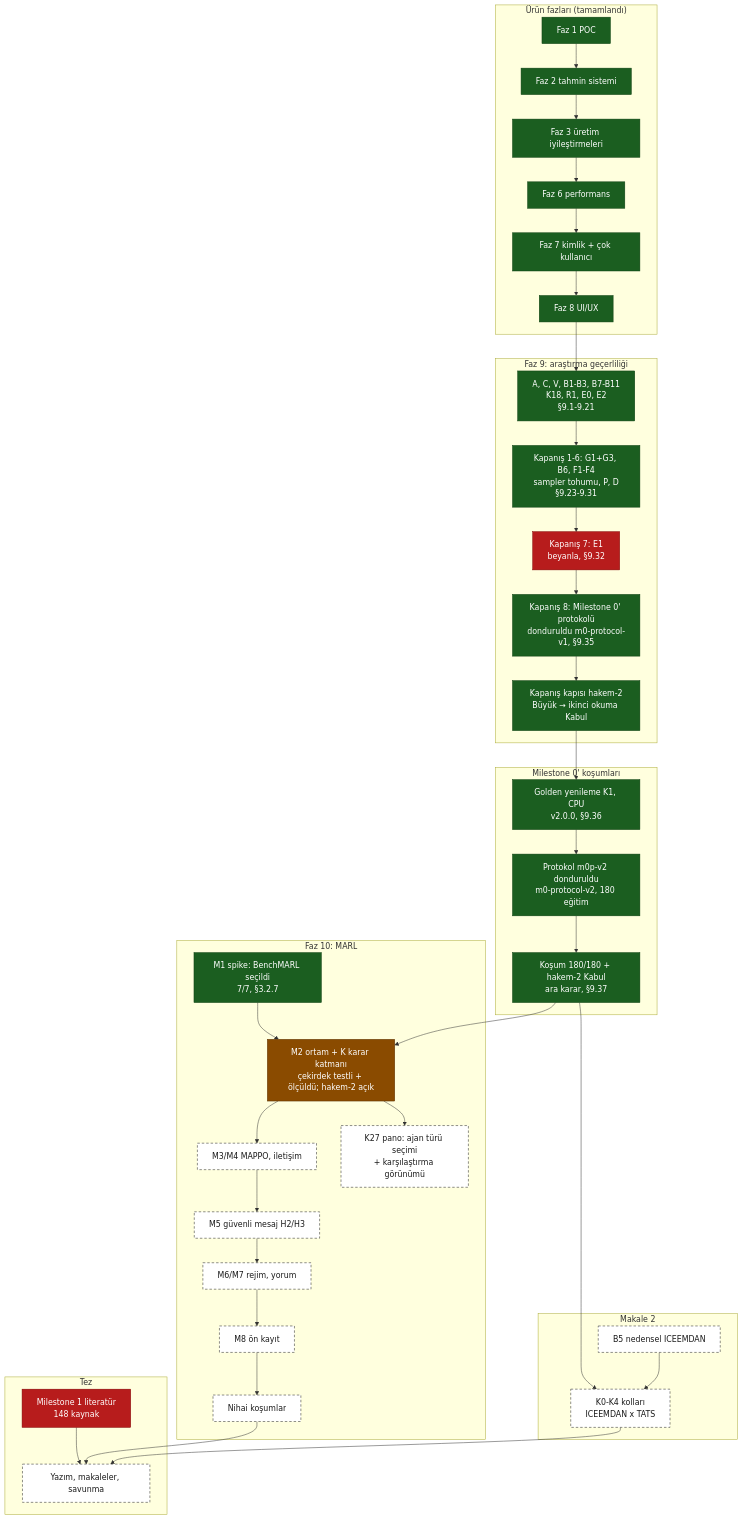
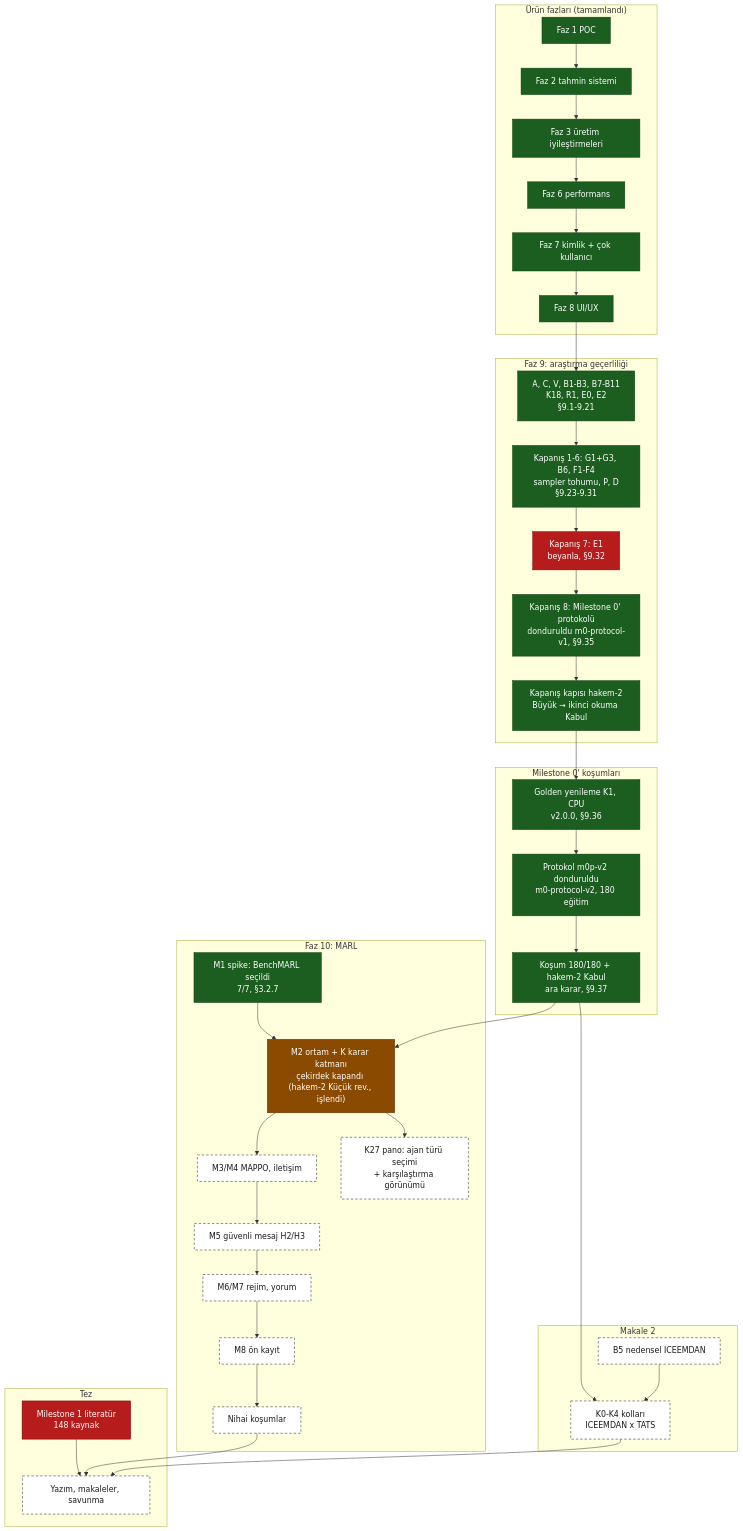
One commit to softdevcan/RL-Trading-Project changed the second of 2 diagrams in docs/development/system-map.md. Above: the diagram before and after it, drawn with Mermaid. The commit also changed other lines of this file and 6 other files, not shown here.

Commit message:
docs(marl): M2 v0.7 — hakem-2 H1 kapandi (donem bagimli marj; duyarlilik: PC060 0,091 / K12 0,344, karar ayni); M2 cekirdegi kapandi

````diff
--- a/docs/development/system-map.md
+++ b/docs/development/system-map.md
@@ -112,63 +112,63 @@
 ```mermaid
 flowchart TB
   classDef done fill:#1b5e20,stroke:#0b3d10,color:#ffffff
   classDef partial fill:#b71c1c,stroke:#7f0000,color:#ffffff
   classDef active fill:#8a4b00,stroke:#5a3000,color:#ffffff
   classDef decision fill:#4a148c,stroke:#2a0060,color:#ffffff
   classDef planned fill:#ffffff,stroke:#1a1a1a,stroke-dasharray:5 4,color:#1a1a1a
 
   subgraph URUN["Ürün fazları (tamamlandı)"]
     F1["Faz 1 POC"]:::done
     F2["Faz 2 tahmin sistemi"]:::done
     F3["Faz 3 üretim iyileştirmeleri"]:::done
     F6["Faz 6 performans"]:::done
     F7["Faz 7 kimlik + çok kullanıcı"]:::done
     F8["Faz 8 UI/UX"]:::done
   end
 
   subgraph F9["Faz 9: araştırma geçerliliği"]
     P9A["A, C, V, B1-B3, B7-B11<br/>K18, R1, E0, E2<br/>§9.1-9.21"]:::done
     P9B["Kapanış 1-6: G1+G3, B6, F1-F4<br/>sampler tohumu, P, D<br/>§9.23-9.31"]:::done
     P9E["Kapanış 7: E1<br/>beyanla, §9.32"]:::partial
     P9M["Kapanış 8: Milestone 0' protokolü<br/>donduruldu m0-protocol-v1, §9.35"]:::done
     H2["Kapanış kapısı hakem-2<br/>Büyük → ikinci okuma Kabul"]:::done
   end
 
   subgraph M0["Milestone 0' koşumları"]
     GOLD["Golden yenileme K1, CPU<br/>v2.0.0, §9.36"]:::done
     PRE["Protokol m0p-v2 donduruldu<br/>m0-protocol-v2, 180 eğitim"]:::done
     FIN["Koşum 180/180 + hakem-2 Kabul<br/>ara karar, §9.37"]:::done
   end
 
   subgraph M2P["Makale 2"]
     B5["B5 nedensel ICEEMDAN"]:::planned
     K0K4["K0-K4 kolları<br/>ICEEMDAN x TATS"]:::planned
   end
 
   subgraph F10["Faz 10: MARL"]
     M1["M1 spike: BenchMARL seçildi<br/>7/7, §3.2.7"]:::done
-    M2["M2 ortam + K karar katmanı<br/>çekirdek testli + ölçüldü; hakem-2 açık"]:::active
+    M2["M2 ortam + K karar katmanı<br/>çekirdek kapandı (hakem-2 Küçük rev., işlendi)"]:::active
     M34["M3/M4 MAPPO, iletişim"]:::planned
     M5["M5 güvenli mesaj H2/H3"]:::planned
     M67["M6/M7 rejim, yorum"]:::planned
     M8["M8 ön kayıt"]:::planned
     FINAL["Nihai koşumlar"]:::planned
     K27["K27 pano: ajan türü seçimi<br/>+ karşılaştırma görünümü"]:::planned
   end
 
   subgraph TEZ["Tez"]
     T1["Milestone 1 literatür<br/>148 kaynak"]:::partial
     T4["Yazım, makaleler, savunma"]:::planned
   end
 
   F1 --> F2 --> F3 --> F6 --> F7 --> F8 --> P9A --> P9B --> P9E --> P9M --> H2
   H2 --> GOLD --> PRE --> FIN
   FIN --> K0K4
   B5 --> K0K4
   M1 --> M2
   FIN --> M2 --> M34 --> M5 --> M67 --> M8 --> FINAL
   M2 --> K27
   T1 --> T4
   FINAL --> T4
   K0K4 --> T4
 ```
````
